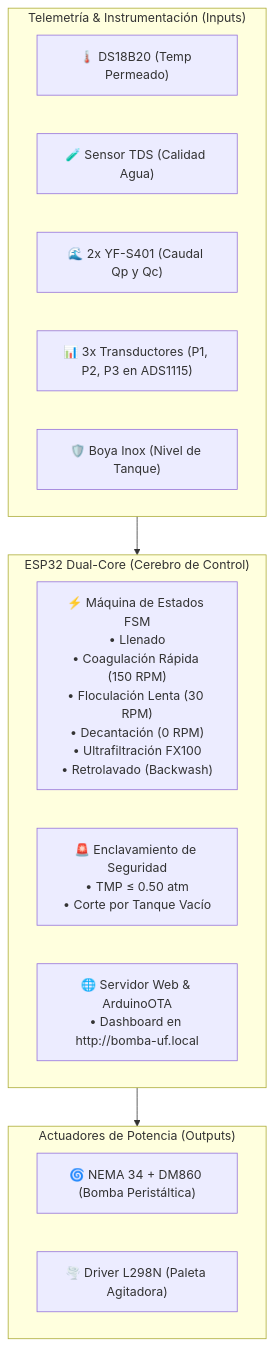
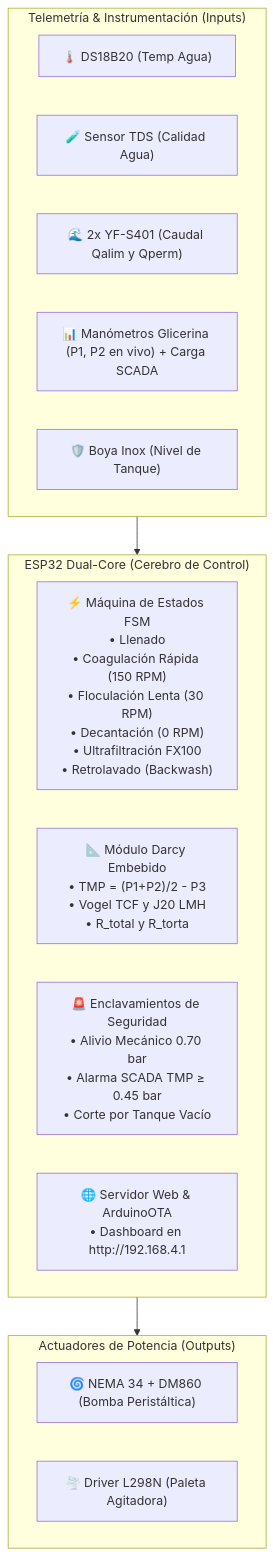
Before and after one commit to enzoocorte/Planta-Ultrafiltracion: the diagram in 04_Hito4_Integracion_Automatizacion_IoT/README.md, drawn with Mermaid. The commit also changed other lines of this file and 17 other files, not shown here.

Commit message:
feat: reestructuracion integral de hitos, manometros glicerina en SCADA Darcy, control Opuntia, modelos Hermia/SEM y nuevo Hito 6 OPEX/SEC

````diff
--- a/04_Hito4_Integracion_Automatizacion_IoT/README.md
+++ b/04_Hito4_Integracion_Automatizacion_IoT/README.md
@@ -28,24 +29,25 @@
 ```mermaid
 flowchart TD
     subgraph Sensores_Entrada["Telemetría & Instrumentación (Inputs)"]
-        S1["🌡️ DS18B20 (Temp Permeado)"]
+        S1["🌡️ DS18B20 (Temp Agua)"]
         S2["🧪 Sensor TDS (Calidad Agua)"]
-        S3["🌊 2x YF-S401 (Caudal Qp y Qc)"]
-        S4["📊 3x Transductores (P1, P2, P3 en ADS1115)"]
+        S3["🌊 2x YF-S401 (Caudal Qalim y Qperm)"]
+        S4["📊 Manómetros Glicerina (P1, P2 en vivo) + Carga SCADA"]
         S5["🛡️ Boya Inox (Nivel de Tanque)"]
     end
 
     subgraph Cerebro_ESP32["ESP32 Dual-Core (Cerebro de Control)"]
         FSM["⚡ Máquina de Estados FSM<br>• Llenado<br>• Coagulación Rápida (150 RPM)<br>• Floculación Lenta (30 RPM)<br>• Decantación (0 RPM)<br>• Ultrafiltración FX100<br>• Retrolavado (Backwash)"]
-        SEG["🚨 Enclavamiento de Seguridad<br>• TMP ≤ 0.50 atm<br>• Corte por Tanque Vacío"]
-        WEB["🌐 Servidor Web & ArduinoOTA<br>• Dashboard en http://bomba-uf.local"]
+        DARCY["📐 Módulo Darcy Embebido<br>• TMP = (P1+P2)/2 - P3<br>• Vogel TCF y J20 LMH<br>• R_total y R_torta"]
+        SEG["🚨 Enclavamientos de Seguridad<br>• Alivio Mecánico 0.70 bar<br>• Alarma SCADA TMP ≥ 0.45 bar<br>• Corte por Tanque Vacío"]
+        WEB["🌐 Servidor Web & ArduinoOTA<br>• Dashboard en http://192.168.4.1"]
     end
 
     subgraph Actuadores_Salida["Actuadores de Potencia (Outputs)"]
         A1["🌀 NEMA 34 + DM860 (Bomba Peristáltica)"]
         A2["🌪️ Driver L298N (Paleta Agitadora)"]
     end
 
     Sensores_Entrada --> Cerebro_ESP32
     Cerebro_ESP32 --> Actuadores_Salida
 ```
````
